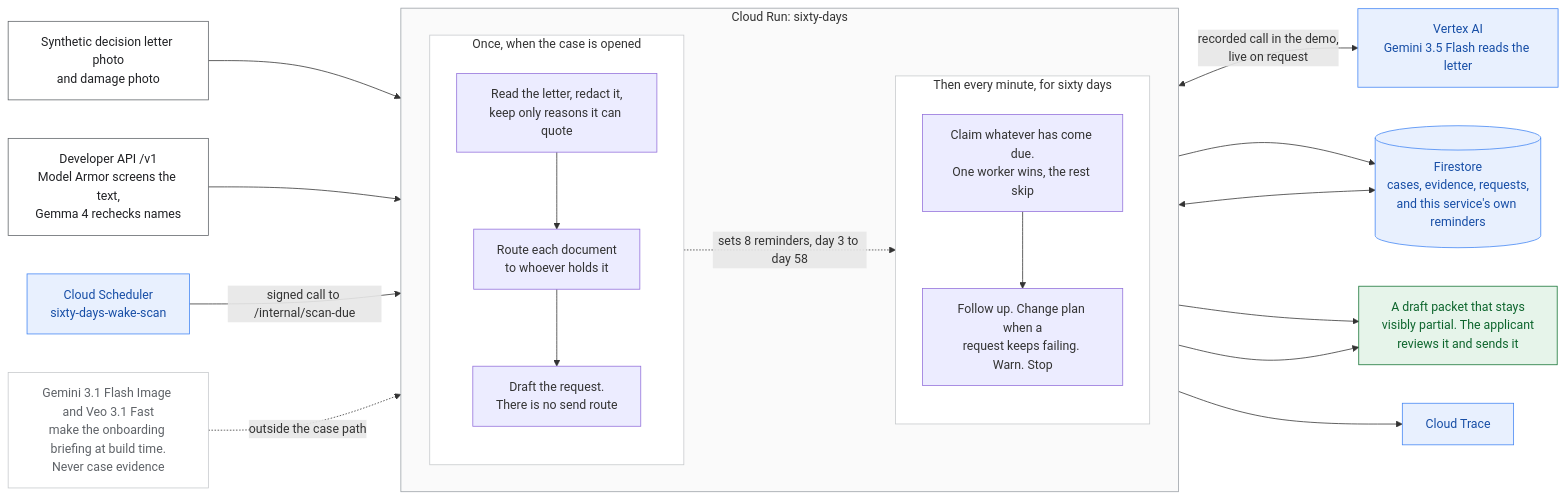
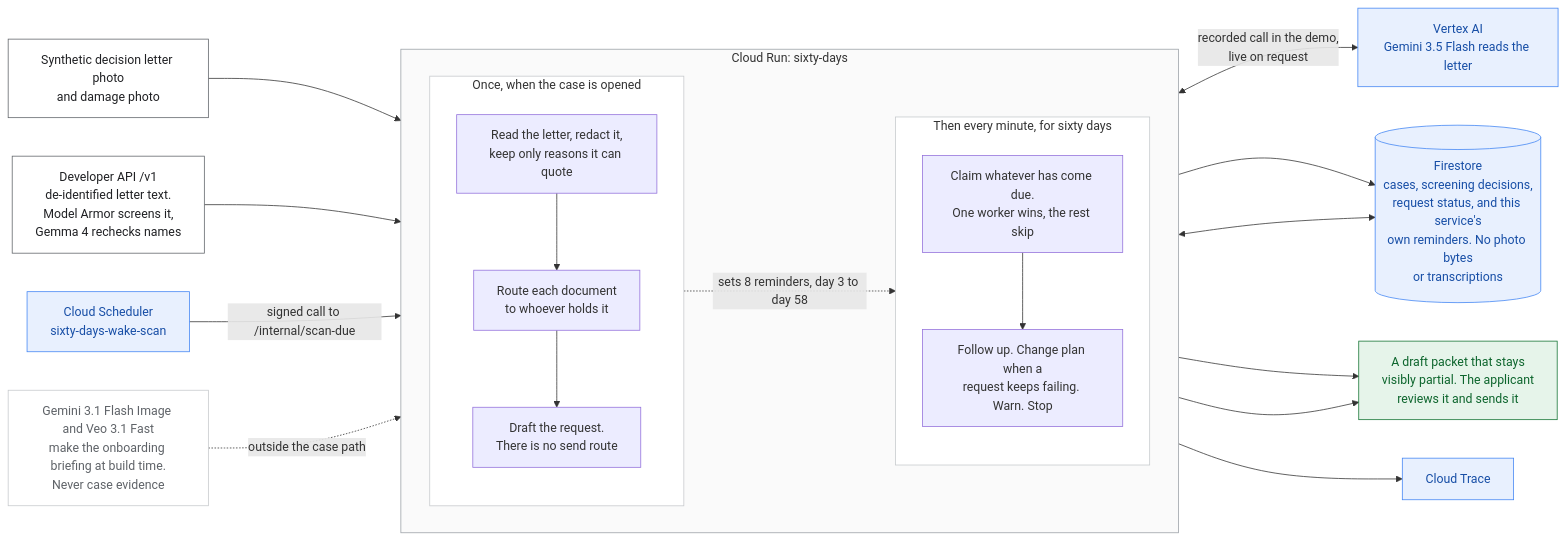
The diagram in docs/architecture.mmd (usv240/sixty-days), drawn with Mermaid before and after one commit. The commit also changed 3 other files, not shown here.

First line of the commit message:
Say what the API takes and what Firestore keeps

```diff
--- a/docs/architecture.mmd
+++ b/docs/architecture.mmd
@@ -1,54 +1,54 @@
 flowchart LR
     LETTER["Synthetic decision letter photo<br/>and damage photo"]
-    DEVAPI["Developer API /v1<br/>Model Armor screens the text,<br/>Gemma 4 rechecks names"]
+    DEVAPI["Developer API /v1<br/>de-identified letter text.<br/>Model Armor screens it,<br/>Gemma 4 rechecks names"]
 
     subgraph CR ["Cloud Run: sixty-days"]
         direction LR
 
         subgraph ONCE ["Once, when the case is opened"]
             direction TB
             P1["Read the letter, redact it,<br/>keep only reasons it can quote"]
             P2["Route each document<br/>to whoever holds it"]
             P3["Draft the request.<br/>There is no send route"]
             P1 --> P2 --> P3
         end
 
         subgraph EVERY ["Then every minute, for sixty days"]
             direction TB
             W1["Claim whatever has come due.<br/>One worker wins, the rest skip"]
             W2["Follow up. Change plan when a<br/>request keeps failing. Warn. Stop"]
             W1 --> W2
         end
 
         P2 -. "sets 8 reminders, day 3 to day 58" .-> W1
     end
 
     SCHED["Cloud Scheduler<br/>sixty-days-wake-scan"]
     VERTEX["Vertex AI<br/>Gemini 3.5 Flash reads the letter"]
-    STATE[("Firestore<br/>cases, evidence, requests,<br/>and this service's own reminders")]
+    STATE[("Firestore<br/>cases, screening decisions,<br/>request status, and this service's<br/>own reminders. No photo bytes<br/>or transcriptions")]
     TRACE["Cloud Trace"]
     MEDIA["Gemini 3.1 Flash Image and Veo 3.1 Fast<br/>make the onboarding briefing at build time.<br/>Never case evidence"]
     DRAFT["A draft packet that stays<br/>visibly partial. The applicant<br/>reviews it and sends it"]
 
     LETTER --> P1
     DEVAPI --> P1
     P1 <-- "recorded call in the demo,<br/>live on request" --> VERTEX
     SCHED -- "signed call to /internal/scan-due" --> W1
     P3 --> STATE
     W1 <--> STATE
     W2 --> DRAFT
     P3 --> DRAFT
     CR --> TRACE
     MEDIA -. "outside the case path" .-> CR
 
     classDef svc fill:#e8f0fe,stroke:#4285f4,color:#174ea6
     classDef out fill:#e6f4ea,stroke:#137333,color:#0d652d
     classDef inp fill:#fff,stroke:#5f6368,color:#202124
     classDef aside fill:#fff,stroke:#c6c9cc,color:#5f6368
     class SCHED,VERTEX,STATE,TRACE svc
     class MEDIA aside
     class DRAFT out
     class LETTER,DEVAPI inp
     style CR fill:#fafafa,stroke:#9aa0a6
     style ONCE fill:#fff,stroke:#c6c9cc
     style EVERY fill:#fff,stroke:#c6c9cc
```
